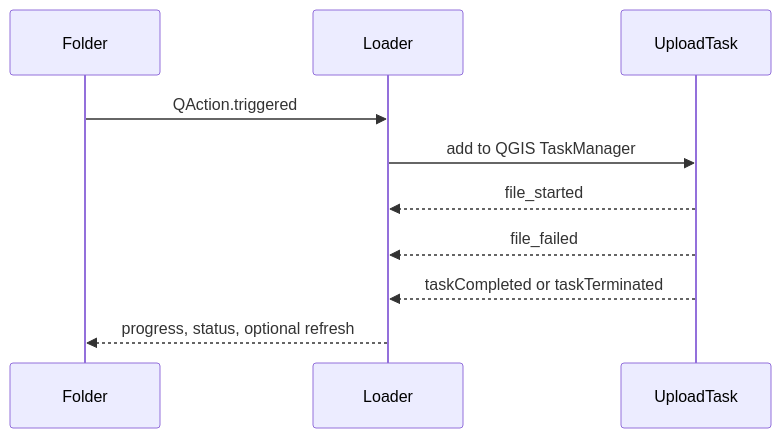
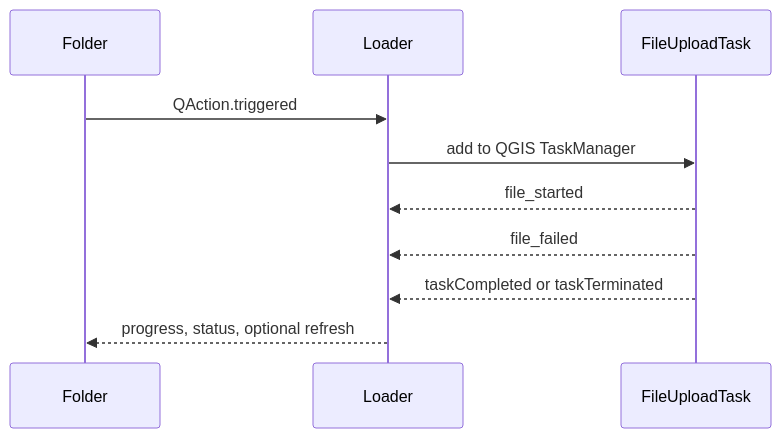
Before and after one commit to nens/rana-qgis-plugin: the third of 4 diagrams in doc/signals.md, drawn with Mermaid. The commit also changed other lines of this file and 52 other files, not shown here.

````diff
--- a/doc/signals.md
+++ b/doc/signals.md
@@ -51,12 +51,12 @@
 ```mermaid
 sequenceDiagram
     participant Folder
     participant Loader
-    participant Task as UploadTask
+    participant Task as FileUploadTask
     Folder->>Loader: QAction.triggered
     Loader->>Task: add to QGIS TaskManager
     Task-->>Loader: file_started
     Task-->>Loader: file_failed
     Task-->>Loader: taskCompleted or taskTerminated
     Loader-->>Folder: progress, status, optional refresh
 ```
````
